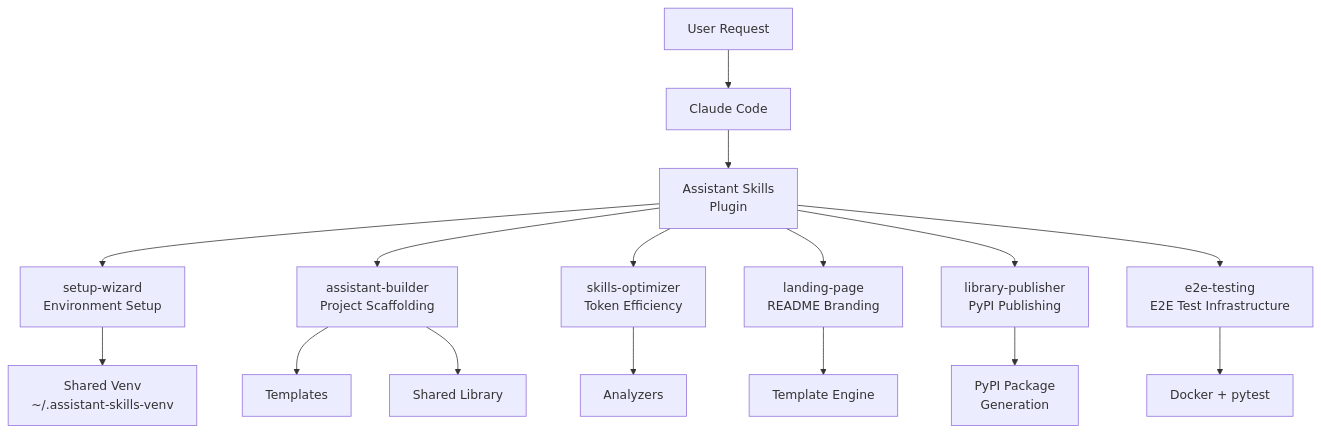
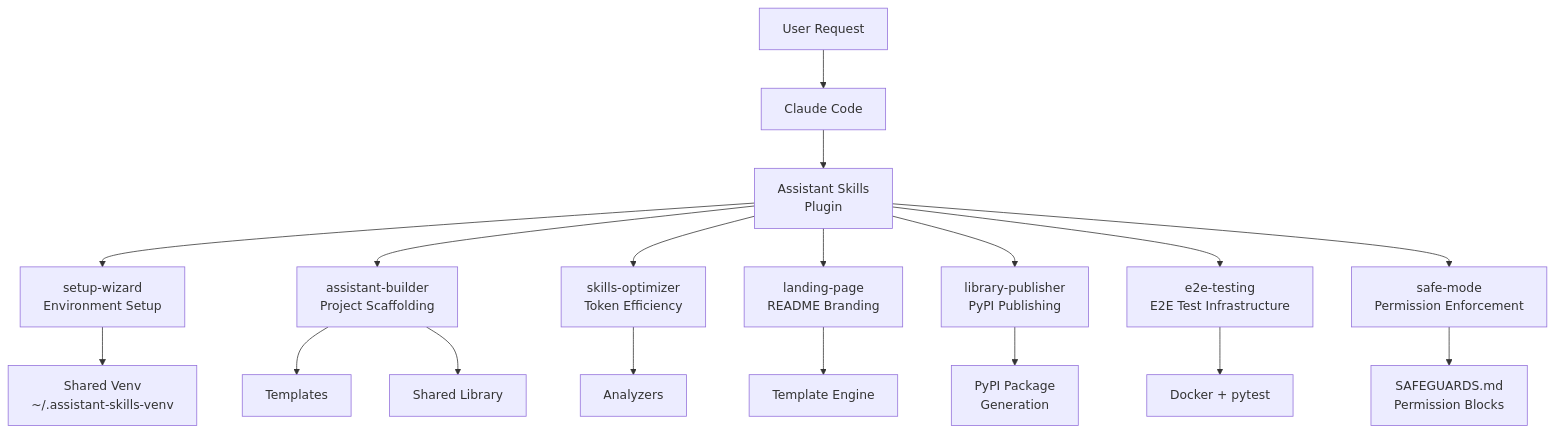
The diagram in README.md (grandcamel/Assistant-Skills), drawn with Mermaid before and after one commit. The commit also changed other lines of this file and 1 other file, not shown here.

First line of the commit message:
docs: add safe-mode to plugin documentation

````diff
--- a/README.md
+++ b/README.md
@@ -349,21 +372,23 @@
 ```mermaid
 flowchart TD
     U["User Request"] --> CC["Claude Code"]
     CC --> AS["Assistant Skills<br/>Plugin"]
 
     AS --> SW["setup-wizard<br/>Environment Setup"]
     AS --> AB["assistant-builder<br/>Project Scaffolding"]
     AS --> SO["skills-optimizer<br/>Token Efficiency"]
     AS --> LP["landing-page<br/>README Branding"]
     AS --> LIB["library-publisher<br/>PyPI Publishing"]
     AS --> E2E["e2e-testing<br/>E2E Test Infrastructure"]
+    AS --> SM["safe-mode<br/>Permission Enforcement"]
 
     SW --> VE["Shared Venv<br/>~/.assistant-skills-venv"]
     AB --> T["Templates"]
     AB --> SH["Shared Library"]
 
     SO --> AN["Analyzers"]
     LP --> TM["Template Engine"]
     LIB --> PY["PyPI Package<br/>Generation"]
     E2E --> DOC["Docker + pytest"]
+    SM --> SG["SAFEGUARDS.md<br/>Permission Blocks"]
 ```
````
